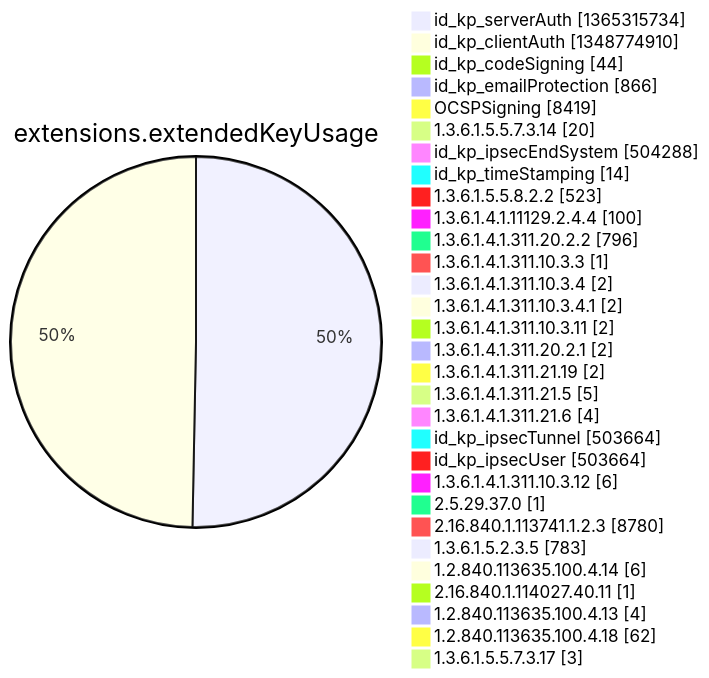
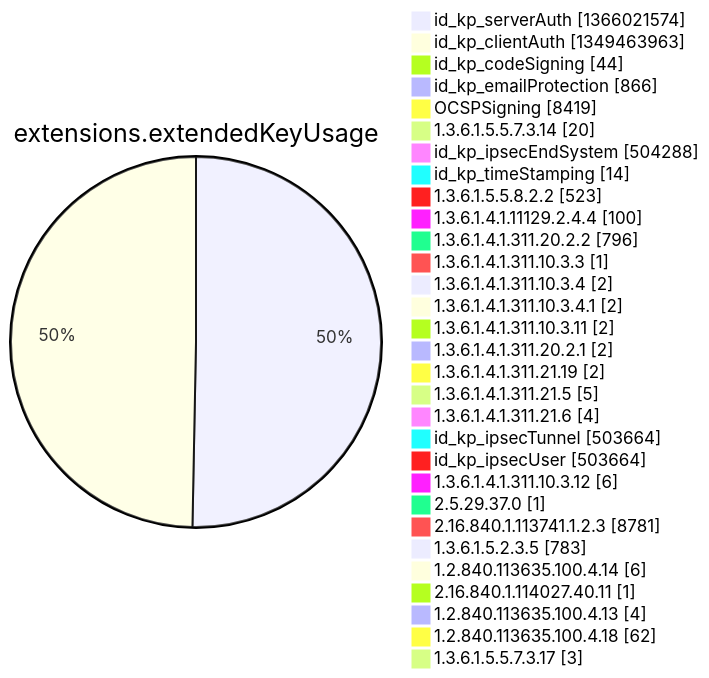
Before and after one commit to christiankrug/ctmonitor_visualization: diagram 12 of 15 in argon2022/README.md, drawn with Mermaid. The commit also changed other lines of this file, not shown here.

````diff
--- a/argon2022/README.md
+++ b/argon2022/README.md
@@ -3553,34 +3553,34 @@
 ```mermaid
 pie showData
 title extensions.extendedKeyUsage
-"id_kp_serverAuth" :1365315734
-"id_kp_clientAuth" :1348774910
+"id_kp_serverAuth" :1366021574
+"id_kp_clientAuth" :1349463963
 "id_kp_codeSigning" :44
 "id_kp_emailProtection" :866
 "OCSPSigning" :8419
 "1.3.6.1.5.5.7.3.14" :20
 "id_kp_ipsecEndSystem" :504288
 "id_kp_timeStamping" :14
 "1.3.6.1.5.5.8.2.2" :523
 "1.3.6.1.4.1.11129.2.4.4" :100
 "1.3.6.1.4.1.311.20.2.2" :796
 "1.3.6.1.4.1.311.10.3.3" :1
 "1.3.6.1.4.1.311.10.3.4" :2
 "1.3.6.1.4.1.311.10.3.4.1" :2
 "1.3.6.1.4.1.311.10.3.11" :2
 "1.3.6.1.4.1.311.20.2.1" :2
 "1.3.6.1.4.1.311.21.19" :2
 "1.3.6.1.4.1.311.21.5" :5
 "1.3.6.1.4.1.311.21.6" :4
 "id_kp_ipsecTunnel" :503664
 "id_kp_ipsecUser" :503664
 "1.3.6.1.4.1.311.10.3.12" :6
 "2.5.29.37.0" :1
-"2.16.840.1.113741.1.2.3" :8780
+"2.16.840.1.113741.1.2.3" :8781
 "1.3.6.1.5.2.3.5" :783
 "1.2.840.113635.100.4.14" :6
 "2.16.840.1.114027.40.11" :1
 "1.2.840.113635.100.4.13" :4
 "1.2.840.113635.100.4.18" :62
 "1.3.6.1.5.5.7.3.17" :3
 ```
````
